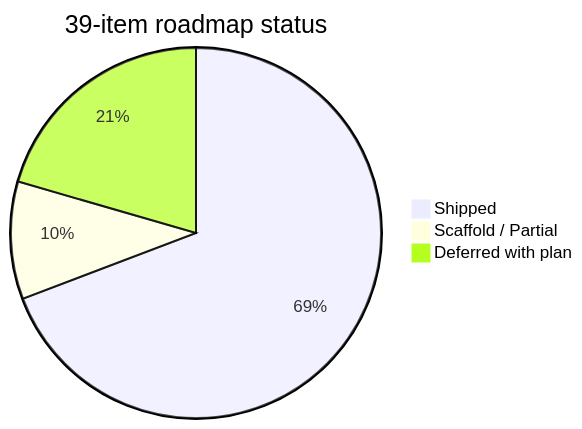
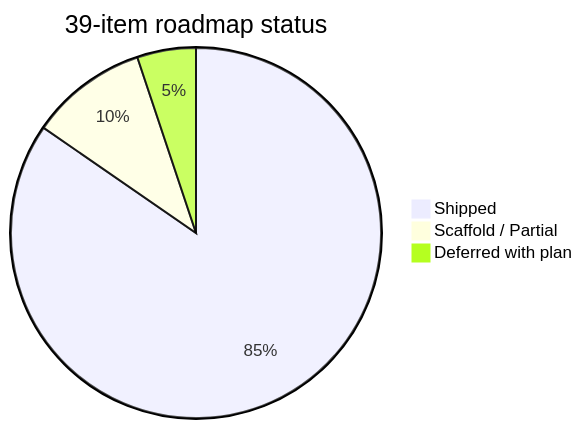
The first of 2 diagrams in docs/FEATURE_ROADMAP.md (mstits/Tooot), drawn with Mermaid before and after one commit. The commit also changed other lines of this file, not shown here.

First line of the commit message:
docs: roadmap accuracy pass

````diff
--- a/docs/FEATURE_ROADMAP.md
+++ b/docs/FEATURE_ROADMAP.md
@@ -9,6 +9,6 @@
 ```mermaid
 pie title 39-item roadmap status
-    "Shipped" : 27
+    "Shipped" : 33
     "Scaffold / Partial" : 4
-    "Deferred with plan" : 8
+    "Deferred with plan" : 2
 ```
````
